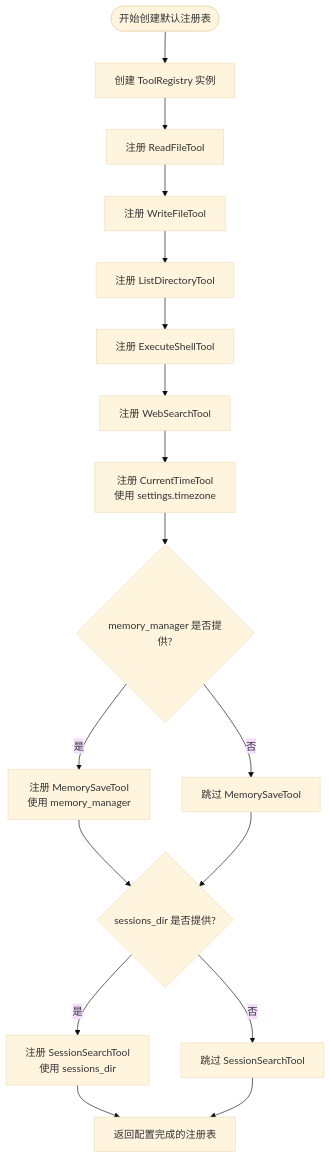
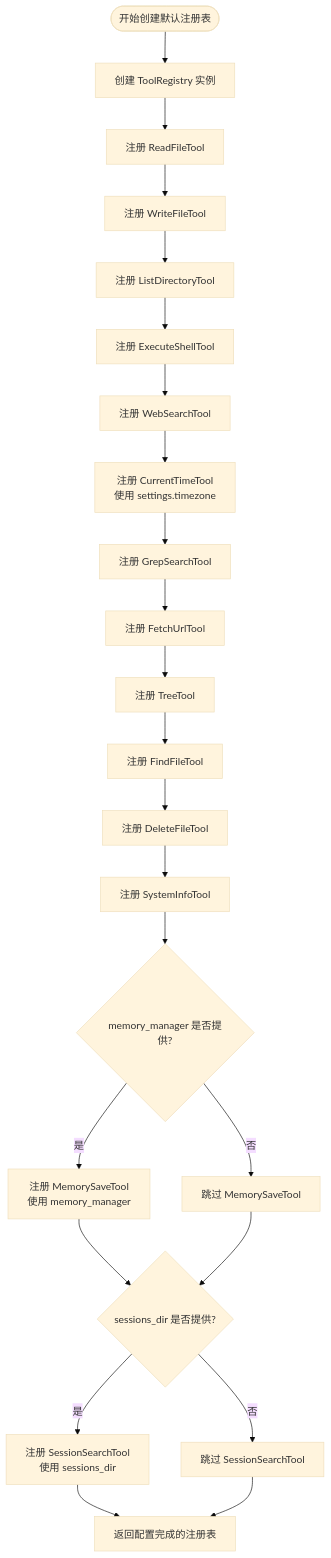
Before and after one commit to 250shiwo/MySmallAgent: the fifth of 14 diagrams in .qoder/repowiki/zh/content/核心模块详解/工具系统架构.md, drawn with Mermaid (base theme). The commit also changed other lines of this file and 23 other files, not shown here.

````diff
--- a/.qoder/repowiki/zh/content/核心模块详解/工具系统架构.md
+++ b/.qoder/repowiki/zh/content/核心模块详解/工具系统架构.md
@@ -397,19 +512,25 @@
 ```mermaid
 flowchart TD
 Start([开始创建默认注册表]) --> CreateRegistry[创建 ToolRegistry 实例]
 CreateRegistry --> RegisterReadFile[注册 ReadFileTool]
 RegisterReadFile --> RegisterWriteFile[注册 WriteFileTool]
 RegisterWriteFile --> RegisterListDir[注册 ListDirectoryTool]
 RegisterListDir --> RegisterShellExec[注册 ExecuteShellTool]
 RegisterShellExec --> RegisterWebSearch[注册 WebSearchTool]
 RegisterWebSearch --> RegisterCurrentTime[注册 CurrentTimeTool<br/>使用 settings.timezone]
-RegisterCurrentTime --> CheckMemory{memory_manager 是否提供?}
+RegisterCurrentTime --> RegisterGrepSearch[注册 GrepSearchTool]
+RegisterGrepSearch --> RegisterFetchUrl[注册 FetchUrlTool]
+RegisterFetchUrl --> RegisterTree[注册 TreeTool]
+RegisterTree --> RegisterFindFile[注册 FindFileTool]
+RegisterFindFile --> RegisterFileDelete[注册 DeleteFileTool]
+RegisterFileDelete --> RegisterSystemInfo[注册 SystemInfoTool]
+RegisterSystemInfo --> CheckMemory{memory_manager 是否提供?}
 CheckMemory --> |是| RegisterMemorySave[注册 MemorySaveTool<br/>使用 memory_manager]
 CheckMemory --> |否| SkipMemorySave[跳过 MemorySaveTool]
 RegisterMemorySave --> CheckSessions{sessions_dir 是否提供?}
 SkipMemorySave --> CheckSessions
 CheckSessions --> |是| RegisterSessionSearch[注册 SessionSearchTool<br/>使用 sessions_dir]
 CheckSessions --> |否| SkipSessionSearch[跳过 SessionSearchTool]
 RegisterSessionSearch --> ReturnRegistry[返回配置完成的注册表]
 SkipSessionSearch --> ReturnRegistry
 ```
````
